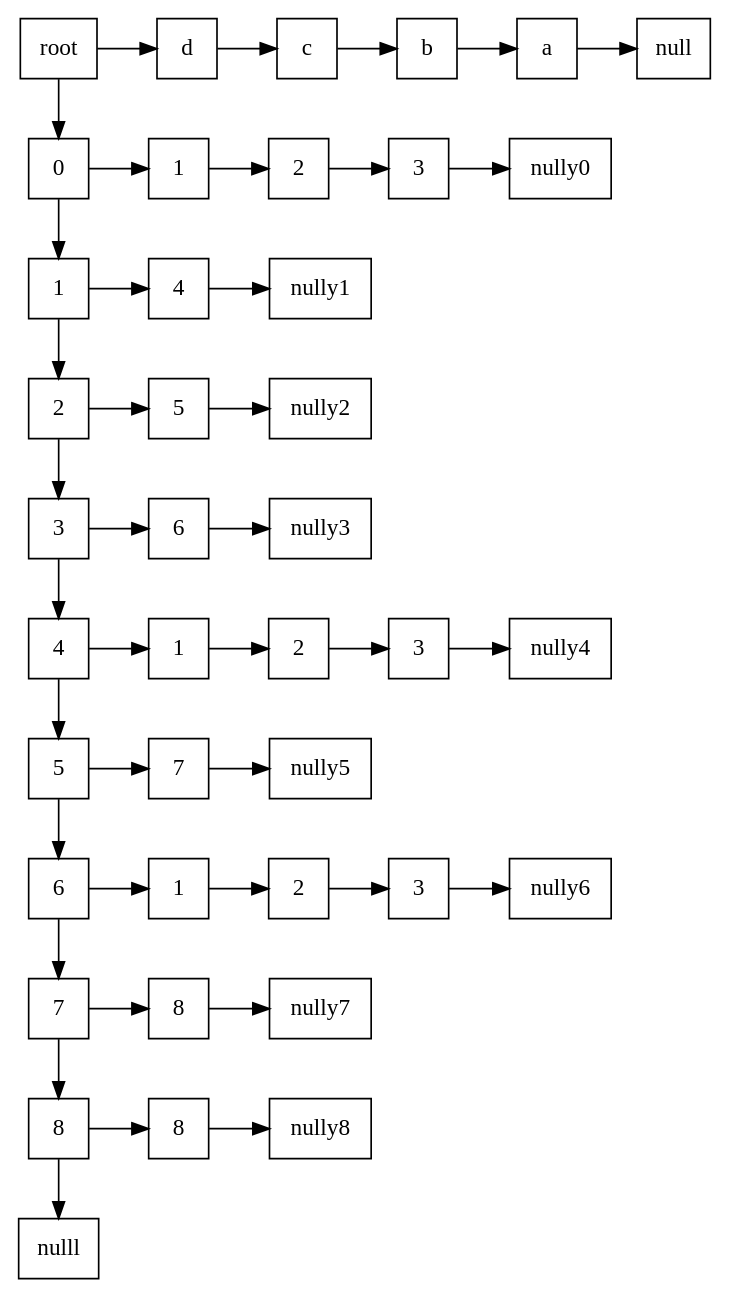
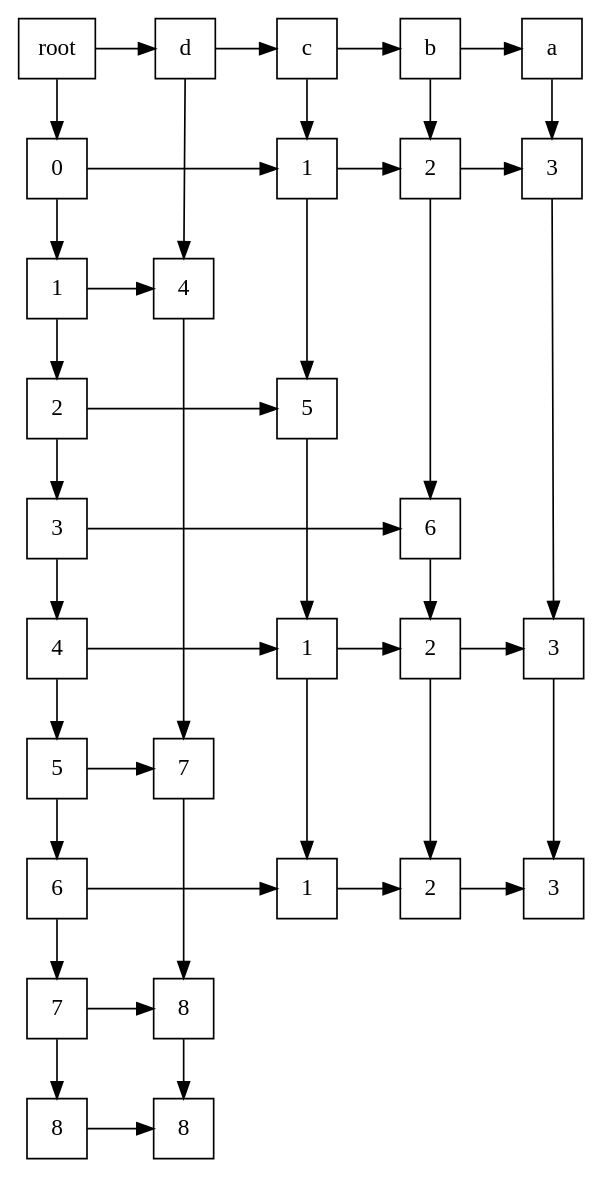
Before and after one commit to AhiezerRamirez/Compi1Proyecto1: the diagram in Compi1Proyecto1/er2_tabla.dot, drawn with Graphviz. The commit also changed 44 other files, not shown here.

```diff
--- a/Compi1Proyecto1/er2_tabla.dot
+++ b/Compi1Proyecto1/er2_tabla.dot
@@ -1,55 +1,59 @@
 digraph tabla{ 
  	rankdir=TB;
 	node [shape=rectangle, height=0.5, width=0.5];
 	graph[ nodesep = 0.5];
-	d[label="d"];
-	c[label="c"];
-	b[label="b"];
-	a[label="a"];
+	x0[label="d"];
+	x1[label="c"];
+	x2[label="b"];
+	x3[label="a"];
 	root[label="root"];
 	y0[label="0"];
 	y1[label="1"];
 	y2[label="2"];
 	y3[label="3"];
 	y4[label="4"];
 	y5[label="5"];
 	y6[label="6"];
 	y7[label="7"];
 	y8[label="8"];
-	root -> d -> c -> b -> a -> null
-	root -> y0 -> y1 -> y2 -> y3 -> y4 -> y5 -> y6 -> y7 -> y8 -> nulll
-	xy01[label="1"]
-	xy02[label="2"]
-	xy03[label="3"]
-	xy14[label="4"]
-	xy25[label="5"]
-	xy36[label="6"]
-	xy41[label="1"]
-	xy42[label="2"]
-	xy43[label="3"]
-	xy57[label="7"]
-	xy61[label="1"]
-	xy62[label="2"]
-	xy63[label="3"]
-	xy78[label="8"]
-	xy88[label="8"]
-	y0 -> xy01 -> xy02 -> xy03 -> nully0[constraint=false];
-	y1 -> xy14 -> nully1[constraint=false];
-	y2 -> xy25 -> nully2[constraint=false];
-	y3 -> xy36 -> nully3[constraint=false];
-	y4 -> xy41 -> xy42 -> xy43 -> nully4[constraint=false];
-	y5 -> xy57 -> nully5[constraint=false];
-	y6 -> xy61 -> xy62 -> xy63 -> nully6[constraint=false];
-	y7 -> xy78 -> nully7[constraint=false];
-	y8 -> xy88 -> nully8[constraint=false];
-	{ rank=same;root;null;d;c;b;a}
-	{ rank=same;y0;nully0;xy01;xy02;xy03}
-	{ rank=same;y1;nully1;xy14}
-	{ rank=same;y2;nully2;xy25}
-	{ rank=same;y3;nully3;xy36}
-	{ rank=same;y4;nully4;xy41;xy42;xy43}
-	{ rank=same;y5;nully5;xy57}
-	{ rank=same;y6;nully6;xy61;xy62;xy63}
-	{ rank=same;y7;nully7;xy78}
-	{ rank=same;y8;nully8;xy88}
+	root -> x0 -> x1 -> x2 -> x3
+	root -> y0 -> y1 -> y2 -> y3 -> y4 -> y5 -> y6 -> y7 -> y8
+	xy01[label="1"];
+	xy02[label="2"];
+	xy03[label="3"];
+	xy10[label="4"];
+	xy21[label="5"];
+	xy32[label="6"];
+	xy41[label="1"];
+	xy42[label="2"];
+	xy43[label="3"];
+	xy50[label="7"];
+	xy61[label="1"];
+	xy62[label="2"];
+	xy63[label="3"];
+	xy70[label="8"];
+	xy80[label="8"];
+	y0 -> xy01 -> xy02 -> 	xy03[constraint=false];
+	y1 -> 	xy10[constraint=false];
+	y2 -> 	xy21[constraint=false];
+	y3 -> 	xy32[constraint=false];
+	y4 -> xy41 -> xy42 -> 	xy43[constraint=false];
+	y5 -> 	xy50[constraint=false];
+	y6 -> xy61 -> xy62 -> 	xy63[constraint=false];
+	y7 -> 	xy70[constraint=false];
+	y8 -> 	xy80[constraint=false];
+	x0 -> xy10 -> xy50 -> xy70 -> 	xy80;
+	x1 -> xy01 -> xy21 -> xy41 -> 	xy61;
+	x2 -> xy02 -> xy32 -> xy42 -> 	xy62;
+	x3 -> xy03 -> xy43 -> 	xy63;
+	{ rank=same;root;x0;x1;x2;x3}
+	{ rank=same;y0;xy01;xy02;xy03}
+	{ rank=same;y1;xy10}
+	{ rank=same;y2;xy21}
+	{ rank=same;y3;xy32}
+	{ rank=same;y4;xy41;xy42;xy43}
+	{ rank=same;y5;xy50}
+	{ rank=same;y6;xy61;xy62;xy63}
+	{ rank=same;y7;xy70}
+	{ rank=same;y8;xy80}
 }
```
